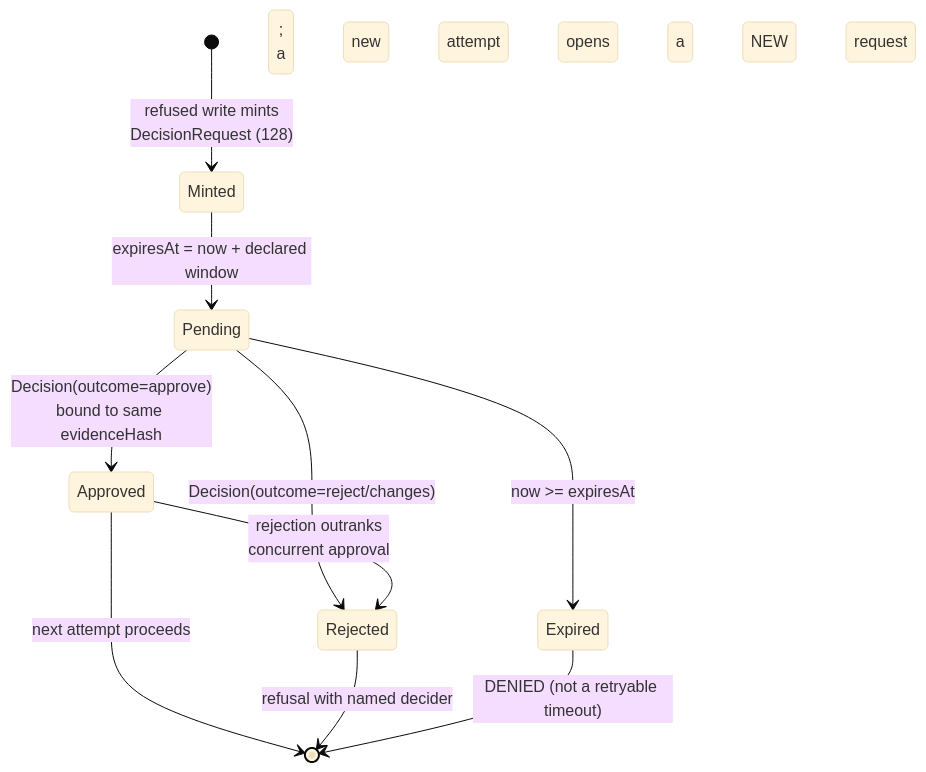
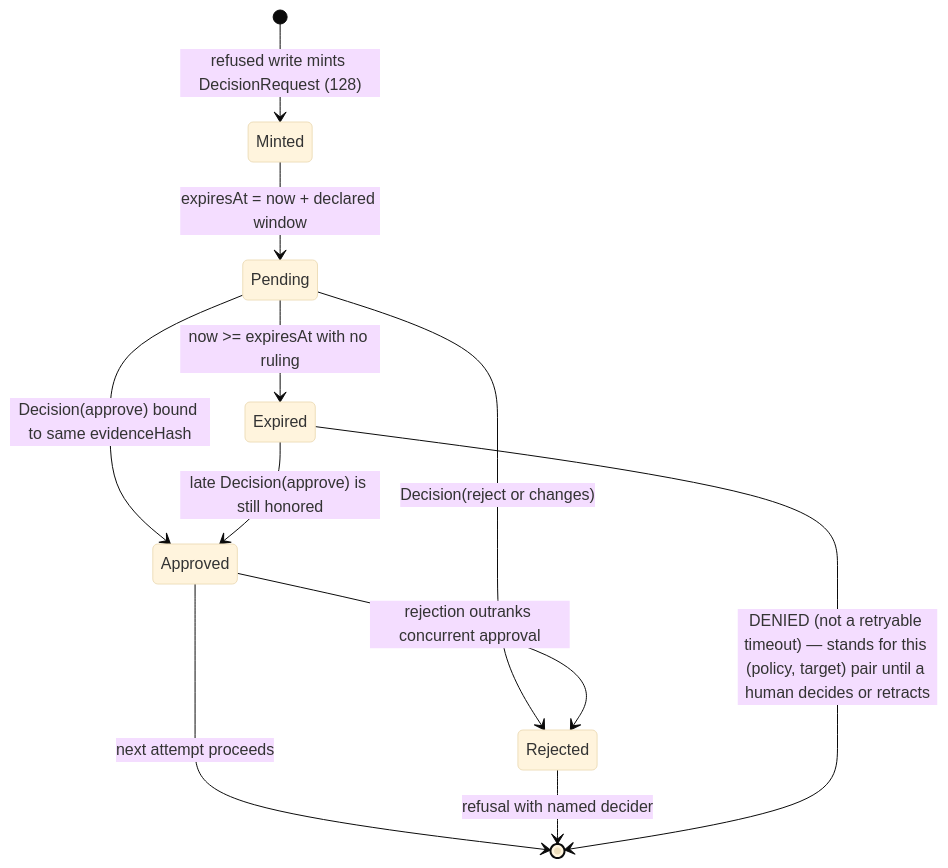
The third of 8 diagrams in docs/patents/provisional-governance-cluster.md (scbrown/quipu), drawn with Mermaid (base theme) before and after one commit. The commit also changed other lines of this file and 1 other file, not shown here.

````diff
--- a/docs/patents/provisional-governance-cluster.md
+++ b/docs/patents/provisional-governance-cluster.md
@@ -555,12 +599,13 @@
 ```mermaid
 stateDiagram-v2
-    [*] --> Minted : refused write mints<br/>DecisionRequest (128)
+    [*] --> Minted : refused write mints DecisionRequest (128)
     Minted --> Pending : expiresAt = now + declared window
-    Pending --> Approved : Decision(outcome=approve)<br/>bound to same evidenceHash
-    Pending --> Rejected : Decision(outcome=reject/changes)
-    Pending --> Expired : now >= expiresAt
-    Approved --> Rejected : rejection outranks<br/>concurrent approval
+    Pending --> Approved : Decision(approve) bound to same evidenceHash
+    Pending --> Rejected : Decision(reject or changes)
+    Pending --> Expired : now >= expiresAt with no ruling
+    Approved --> Rejected : rejection outranks concurrent approval
     Approved --> [*] : next attempt proceeds
     Rejected --> [*] : refusal with named decider
-    Expired --> [*] : DENIED (not a retryable timeout);<br/>a new attempt opens a NEW request
+    Expired --> Approved : late Decision(approve) is still honored
+    Expired --> [*] : DENIED (not a retryable timeout) — stands for this (policy, target) pair until a human decides or retracts
 ```
````
